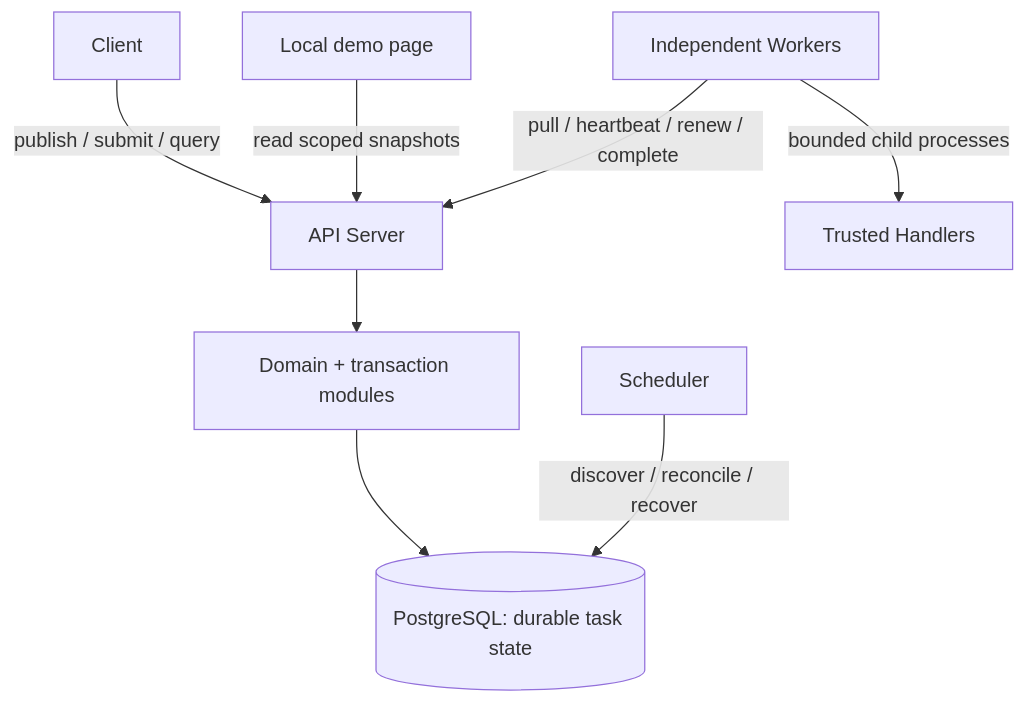
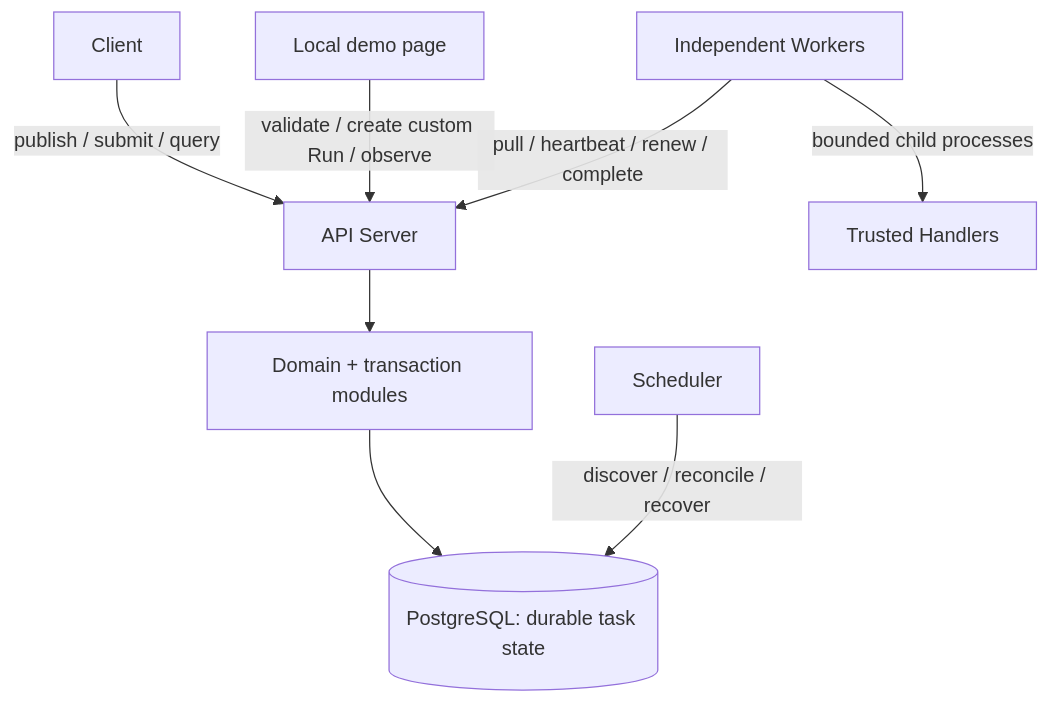
Before and after one commit to Shenggyyy/distributed-workflow-engine: the diagram in README.md, drawn with Mermaid. The commit also changed other lines of this file and 13 other files, not shown here.

````diff
--- a/README.md
+++ b/README.md
@@ -28,10 +32,10 @@
 ```mermaid
 flowchart TD
     Client -->|publish / submit / query| API[API Server]
-    UI[Local demo page] -->|read scoped snapshots| API
+    UI[Local demo page] -->|validate / create custom Run / observe| API
     Workers[Independent Workers] -->|pull / heartbeat / renew / complete| API
     API --> Engine[Domain + transaction modules]
     Engine --> PG[(PostgreSQL: durable task state)]
     Scheduler -->|discover / reconcile / recover| PG
     Workers -->|bounded child processes| Handlers[Trusted Handlers]
 ```
````
